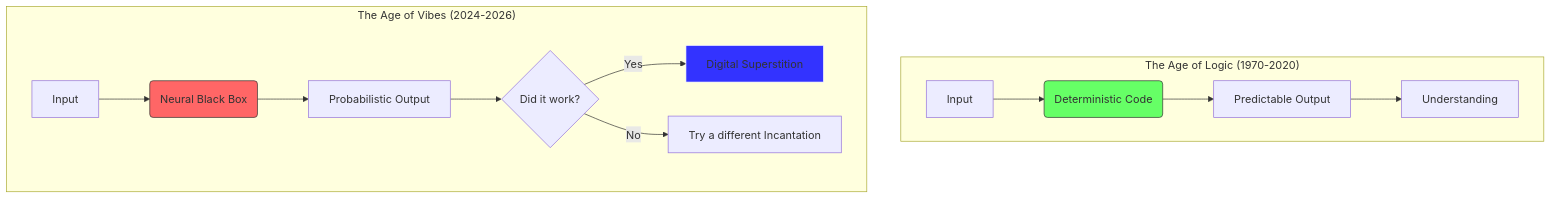
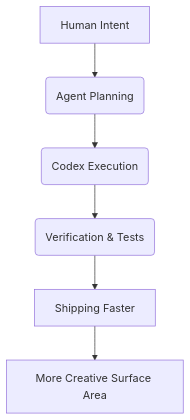
One commit to andrewdkennedy1/andrewdkennedy1.github.io changed the diagram in _posts/2026-02-13-the-ghost-in-the-code.md. Above: the diagram before and after it, drawn with Mermaid. The commit also changed other lines of this file, not shown here.

Commit message:
Rewrite 2026-02-13 post with pro-agent, pro-codex future-forward framing

````diff
--- a/_posts/2026-02-13-the-ghost-in-the-code.md
+++ b/_posts/2026-02-13-the-ghost-in-the-code.md
@@ -29,20 +49,8 @@
 ```mermaid
 graph TD
-    subgraph "The Age of Logic (1970-2020)"
-    A[Input] --> B(Deterministic Code)
-    B --> C[Predictable Output]
-    C --> D[Understanding]
-    end
-
-    subgraph "The Age of Vibes (2024-2026)"
-    E[Input] --> F(Neural Black Box)
-    F --> G[Probabilistic Output]
-    G --> H{Did it work?}
-    H -->|Yes| I[Digital Superstition]
-    H -->|No| J[Try a different Incantation]
-    end
-
-    style B fill:#6f6,stroke:#333
-    style F fill:#f66,stroke:#333
-    style I fill:#33f,stroke:#fff
+    A[Human Intent] --> B(Agent Planning)
+    B --> C(Codex Execution)
+    C --> D(Verification & Tests)
+    D --> E[Shipping Faster]
+    E --> F[More Creative Surface Area]
 ```
````
